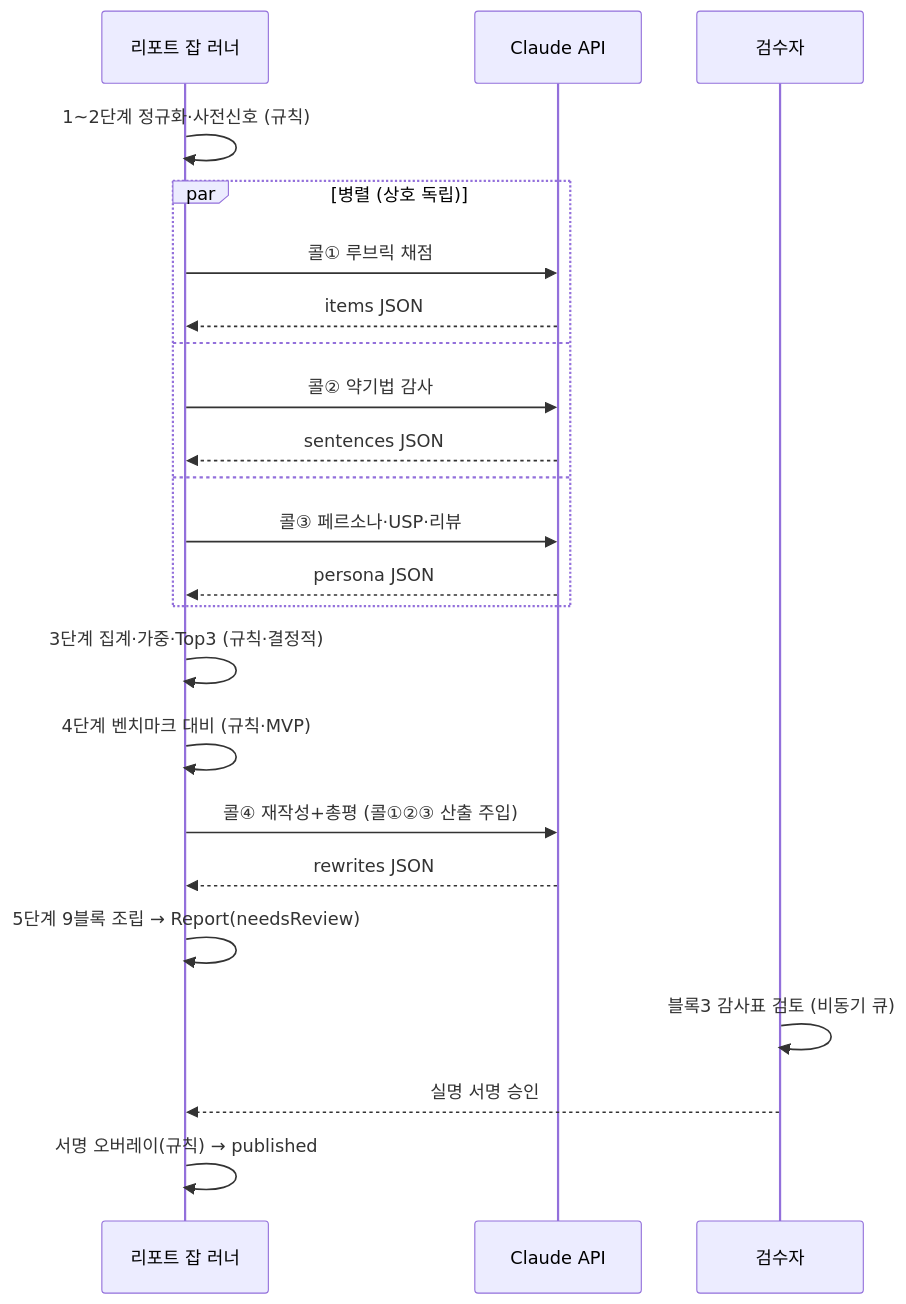
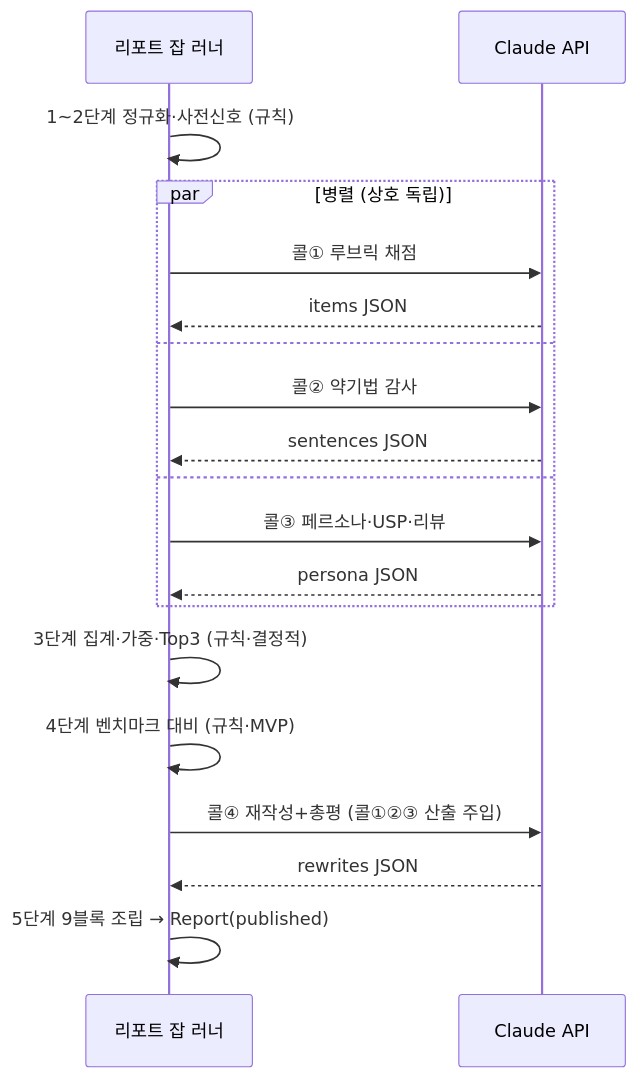
Before and after one commit to duwjd/Branch-out-to-Japan: the fifth of 7 diagrams in docs/08-data-flow.md, drawn with Mermaid. The commit also changed other lines of this file and 47 other files, not shown here.

````diff
--- a/docs/08-data-flow.md
+++ b/docs/08-data-flow.md
@@ -427,26 +447,22 @@
 ```mermaid
 sequenceDiagram
     participant Job as 리포트 잡 러너
     participant C as Claude API
-    participant R as 검수자
 
     Job->>Job: 1~2단계 정규화·사전신호 (규칙)
     par 병렬 (상호 독립)
         Job->>C: 콜① 루브릭 채점
         C-->>Job: items JSON
     and
         Job->>C: 콜② 약기법 감사
         C-->>Job: sentences JSON
     and
         Job->>C: 콜③ 페르소나·USP·리뷰
         C-->>Job: persona JSON
     end
     Job->>Job: 3단계 집계·가중·Top3 (규칙·결정적)
     Job->>Job: 4단계 벤치마크 대비 (규칙·MVP)
     Job->>C: 콜④ 재작성+총평 (콜①②③ 산출 주입)
     C-->>Job: rewrites JSON
-    Job->>Job: 5단계 9블록 조립 → Report(needsReview)
-    R->>R: 블록3 감사표 검토 (비동기 큐)
-    R-->>Job: 실명 서명 승인
-    Job->>Job: 서명 오버레이(규칙) → published
+    Job->>Job: 5단계 9블록 조립 → Report(published)
 ```
````
